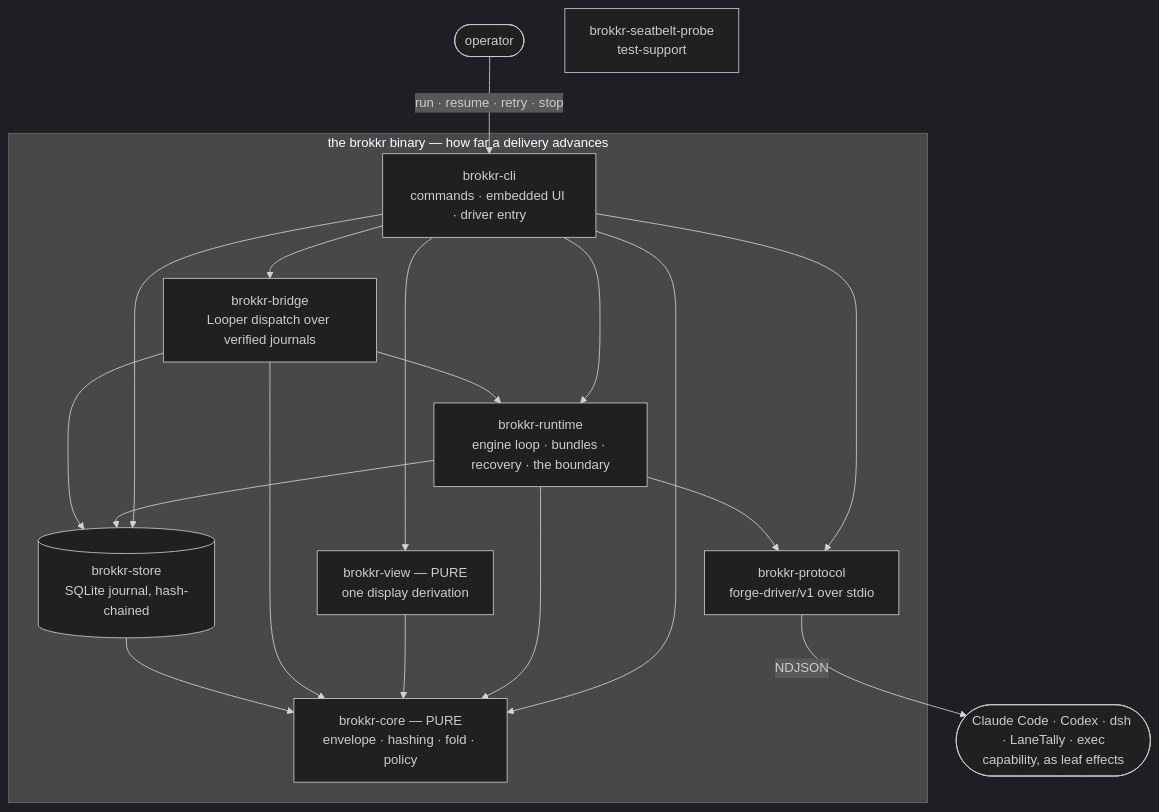
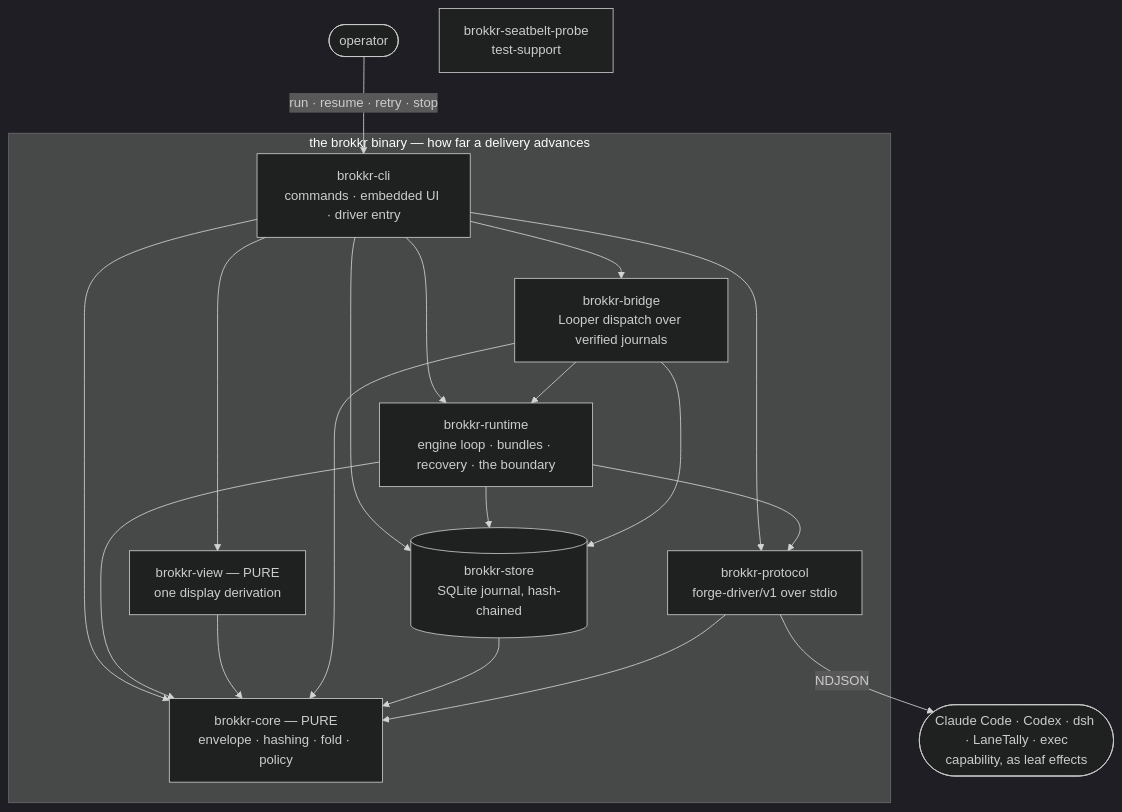
Before and after one commit to feedback-loop-ai/brokkr: the first of 8 diagrams in ARCHITECTURE.md, drawn with Mermaid (dark theme). The commit also changed 10 other files, not shown here.

````diff
--- a/ARCHITECTURE.md
+++ b/ARCHITECTURE.md
@@ -23,20 +23,21 @@
 ```mermaid
 flowchart TB
   operator([operator]) -- "run · resume · retry · stop" --> cli
   subgraph binary["the brokkr binary — how far a delivery advances"]
     cli["brokkr-cli<br/>commands · embedded UI · driver entry"]
     runtime["brokkr-runtime<br/>engine loop · bundles · recovery · the boundary"]
     core["brokkr-core — PURE<br/>envelope · hashing · fold · policy"]
     store[("brokkr-store<br/>SQLite journal, hash-chained")]
     protocol["brokkr-protocol<br/>forge-driver/v1 over stdio"]
     view["brokkr-view — PURE<br/>one display derivation"]
     bridge["brokkr-bridge<br/>Looper dispatch over verified journals"]
     cli --> runtime & view & bridge & core & store & protocol
     runtime --> core & store & protocol
     view --> core
     bridge --> core & store & runtime
     store --> core
+    protocol --> core
   end
   protocol -- "NDJSON" --> harness([Claude Code · Codex · dsh · LaneTally · exec<br/>capability, as leaf effects])
   seatbelt-probe["brokkr-seatbelt-probe<br/>test-support"]
 ```
````
